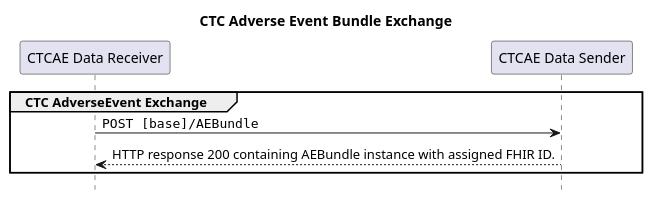
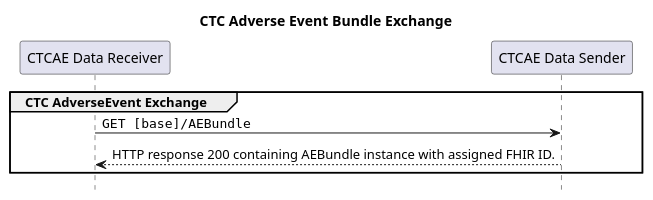
One commit to standardhealth/fsh-ae changed the diagram in input/images-source/ctcae-bundle-exchange.plantuml. Above: the diagram before and after it, drawn with PlantUML. The commit also changed 2 other files, not shown here.

```diff
--- a/input/images-source/ctcae-bundle-exchange.plantuml
+++ b/input/images-source/ctcae-bundle-exchange.plantuml
@@ -1,14 +1,14 @@
 @startuml
 skinparam defaultFontName Arial
 
 title CTC Adverse Event Bundle Exchange
 hide footbox
 participant "CTCAE Data Receiver" as Receiver
 participant "CTCAE Data Sender" as Sender
 
 group CTC AdverseEvent Exchange
-    "Receiver" -> "Sender" : ""POST [base]/AEBundle""
+    "Receiver" -> "Sender" : ""GET [base]/AEBundle""
     "Sender" --> "Receiver" : HTTP response 200 containing AEBundle instance with assigned FHIR ID.
 end
 
 @enduml
```
